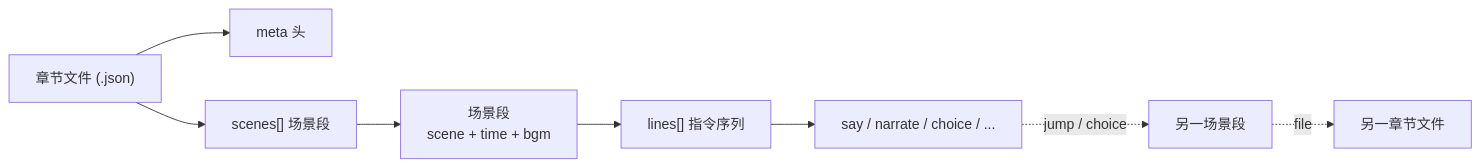
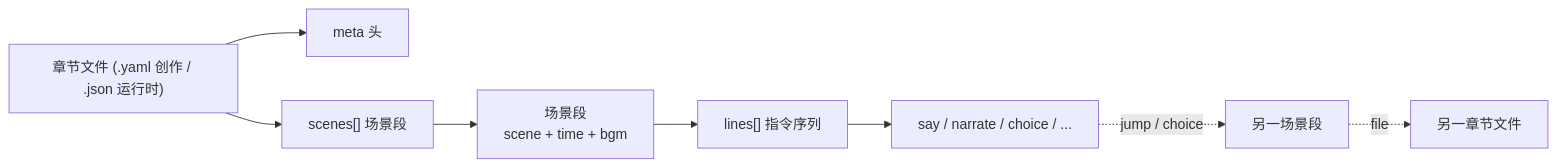
The diagram in 00_init/剧本.md (CrazyJinn/OtheredGlass), drawn with Mermaid before and after one commit. The commit also changed other lines of this file and 20 other files, not shown here.

````diff
--- a/00_init/剧本.md
+++ b/00_init/剧本.md
@@ -20,10 +20,10 @@
 ```mermaid
 flowchart LR
-    File["章节文件 (.json)"] --> Meta["meta 头"]
+    File["章节文件 (.yaml 创作 / .json 运行时)"] --> Meta["meta 头"]
     File --> Scenes["scenes[] 场景段"]
     Scenes --> S1["场景段<br/>scene + time + bgm"]
     S1 --> Lines["lines[] 指令序列"]
     Lines --> Say["say / narrate / choice / ..."]
     Say -.->|"jump / choice"| S2["另一场景段"]
     S2 -.->|"file"| File2["另一章节文件"]
 ```
````
